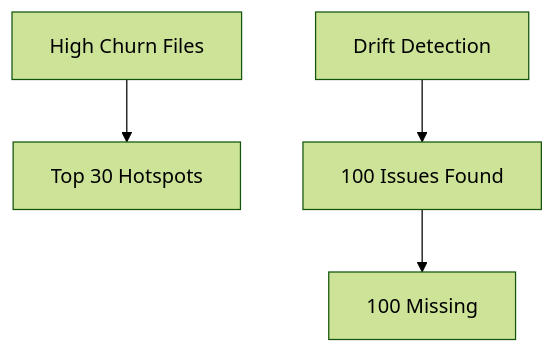
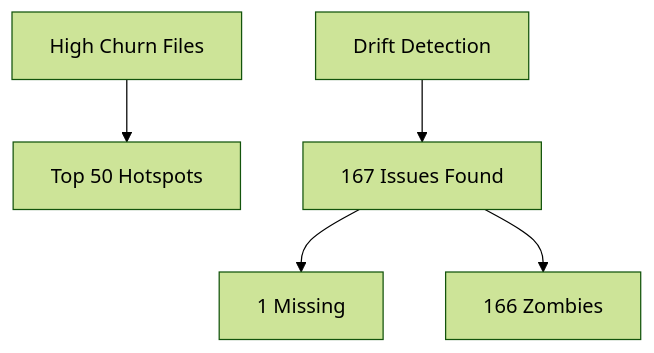
Before and after one commit to dashw00d/git-context: the diagram in benchmarks/output/pipeline_report.md, drawn with Mermaid (forest theme). The commit also changed other lines of this file and 56 other files, not shown here.

````diff
--- a/benchmarks/output/pipeline_report.md
+++ b/benchmarks/output/pipeline_report.md
@@ -232,6 +232,7 @@
 ```mermaid
 graph TD
-  A[High Churn Files] --> B[Top 30 Hotspots]
-  C[Drift Detection] --> D[100 Issues Found]
-  D --> E[100 Missing]
+  A[High Churn Files] --> B[Top 50 Hotspots]
+  C[Drift Detection] --> D[167 Issues Found]
+  D --> E[1 Missing]
+  D --> F[166 Zombies]
 ```
````
